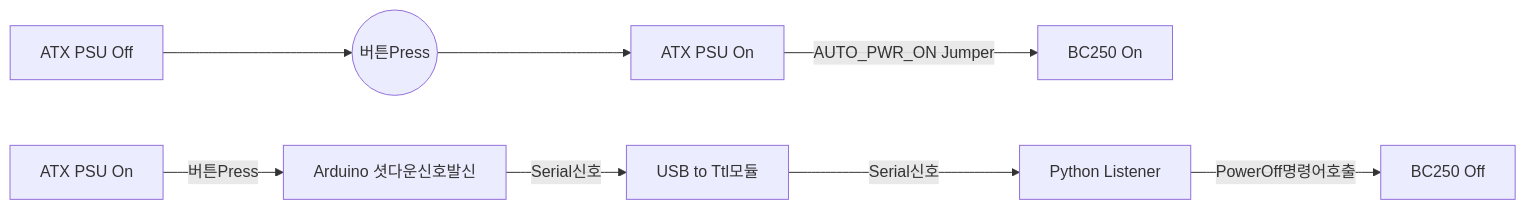
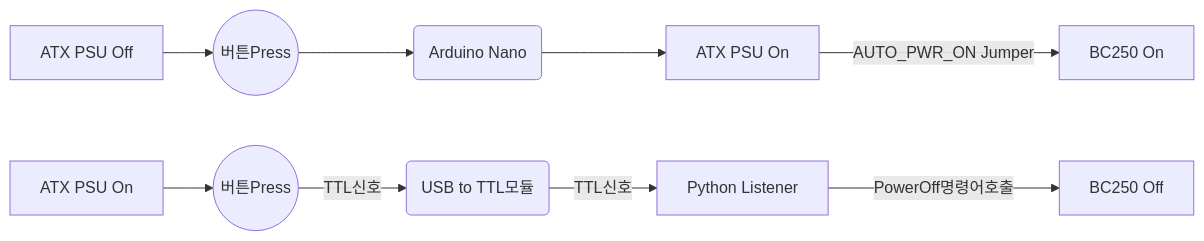
Before and after one commit to coolsolgit/BC250-ATX-PSU-Control: the first of 2 diagrams in README.md, drawn with Mermaid.

````diff
--- a/README.md
+++ b/README.md
@@ -23,11 +23,12 @@
 ```mermaid
 flowchart LR
 A1[ATX PSU Off] --> B1((버튼Press))
-  B1 --> C1[ATX PSU On]
-  C1 -->|AUTO_PWR_ON Jumper| D1[BC250 On]
-D[ATX PSU On] -->|버튼Press| E[Arduino 셧다운신호발신]
-  E -->|Serial신호| F[USB to Ttl모듈]
-  F -->|Serial신호| G[Python Listener]
-  G -->|PowerOff명령어호출| H[BC250 Off]
+  B1 --> C1(Arduino Nano)
+  C1 --> D1[ATX PSU On]
+  D1 -->|AUTO_PWR_ON Jumper| E1[BC250 On]
+A2[ATX PSU On] --> B2((버튼Press))
+  B2 -->|TTL신호| C2(USB to TTL모듈)
+  C2 -->|TTL신호| D2[Python Listener]
+  D2 -->|PowerOff명령어호출| E22[BC250 Off]
 
 ```
````
